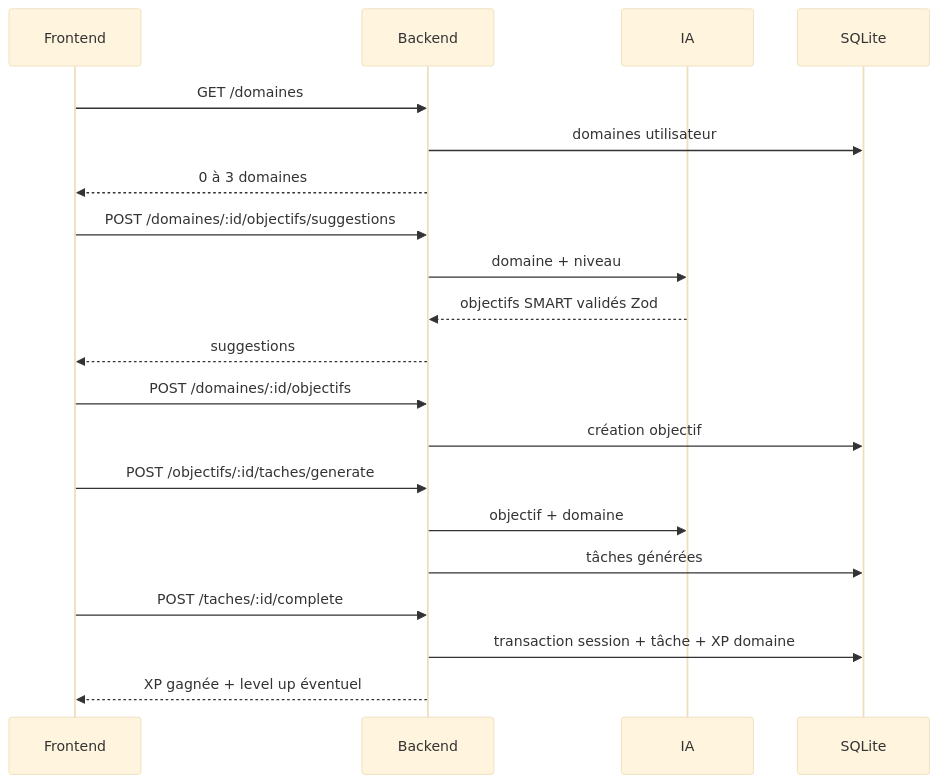
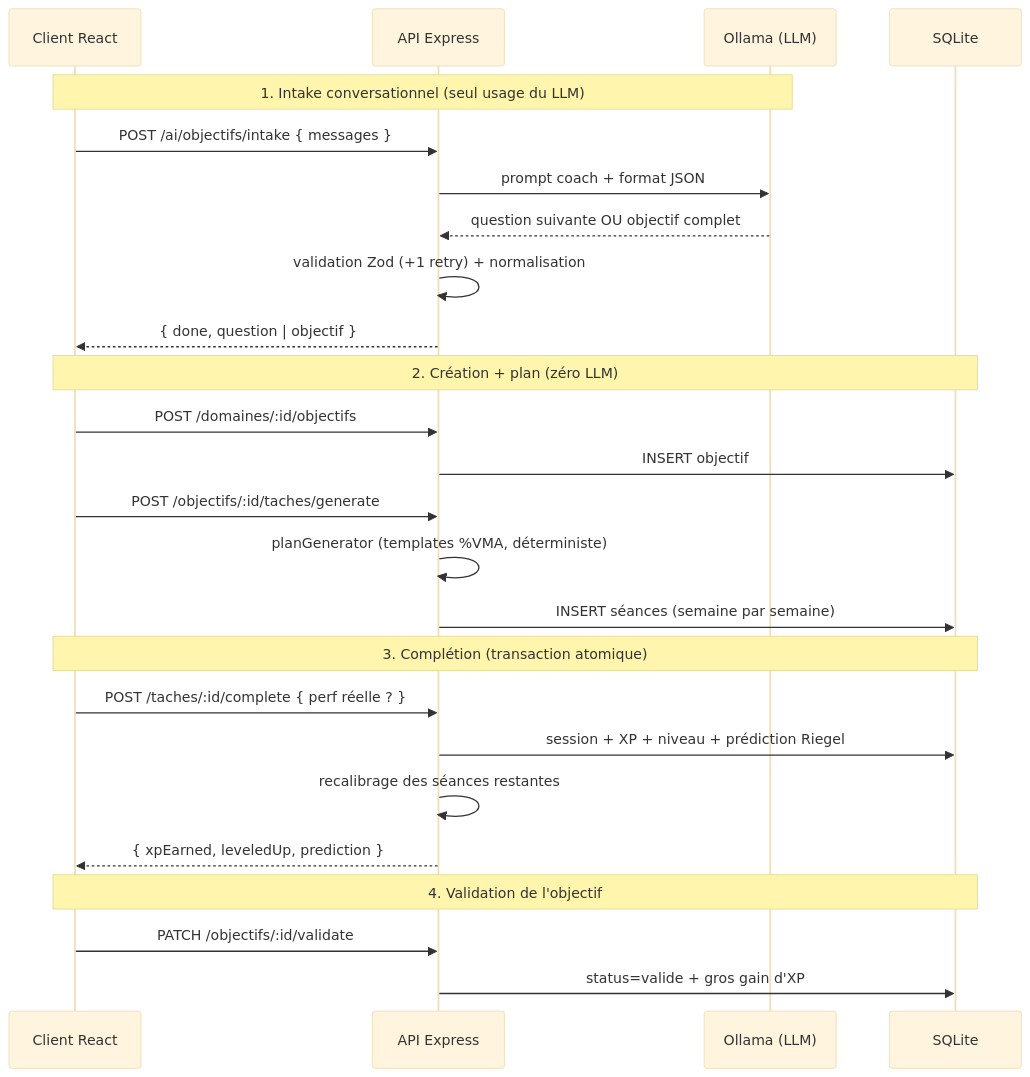
The second of 2 diagrams in README.md (MaximeLemesle/systeme), drawn with Mermaid (base theme) before and after one commit. The commit also changed other lines of this file and 1 other file, not shown here.

Commit message:
docs(readme): refonte complète pour le coach course à pied

````diff
--- a/README.md
+++ b/README.md
@@ -56,27 +63,31 @@
 ```mermaid
 sequenceDiagram
-  participant UI as Frontend
-  participant API as Backend
-  participant AI as IA
+  participant UI as Client React
+  participant API as API Express
+  participant LLM as Ollama (LLM)
   participant DB as SQLite
 
-  UI->>API: GET /domaines
-  API->>DB: domaines utilisateur
-  API-->>UI: 0 à 3 domaines
+  Note over UI,LLM: 1. Intake conversationnel (seul usage du LLM)
+  UI->>API: POST /ai/objectifs/intake { messages }
+  API->>LLM: prompt coach + format JSON
+  LLM-->>API: question suivante OU objectif complet
+  API->>API: validation Zod (+1 retry) + normalisation
+  API-->>UI: { done, question | objectif }
 
-  UI->>API: POST /domaines/:id/objectifs/suggestions
-  API->>AI: domaine + niveau
-  AI-->>API: objectifs SMART validés Zod
-  API-->>UI: suggestions
+  Note over UI,DB: 2. Création + plan (zéro LLM)
+  UI->>API: POST /domaines/:id/objectifs
+  API->>DB: INSERT objectif
+  UI->>API: POST /objectifs/:id/taches/generate
+  API->>API: planGenerator (templates %VMA, déterministe)
+  API->>DB: INSERT séances (semaine par semaine)
 
-  UI->>API: POST /domaines/:id/objectifs
-  API->>DB: création objectif
+  Note over UI,DB: 3. Complétion (transaction atomique)
+  UI->>API: POST /taches/:id/complete { perf réelle ? }
+  API->>DB: session + XP + niveau + prédiction Riegel
+  API->>API: recalibrage des séances restantes
+  API-->>UI: { xpEarned, leveledUp, prediction }
 
-  UI->>API: POST /objectifs/:id/taches/generate
-  API->>AI: objectif + domaine
-  API->>DB: tâches générées
-
-  UI->>API: POST /taches/:id/complete
-  API->>DB: transaction session + tâche + XP domaine
-  API-->>UI: XP gagnée + level up éventuel
+  Note over UI,DB: 4. Validation de l'objectif
+  UI->>API: PATCH /objectifs/:id/validate
+  API->>DB: status=valide + gros gain d'XP
 ```
````
